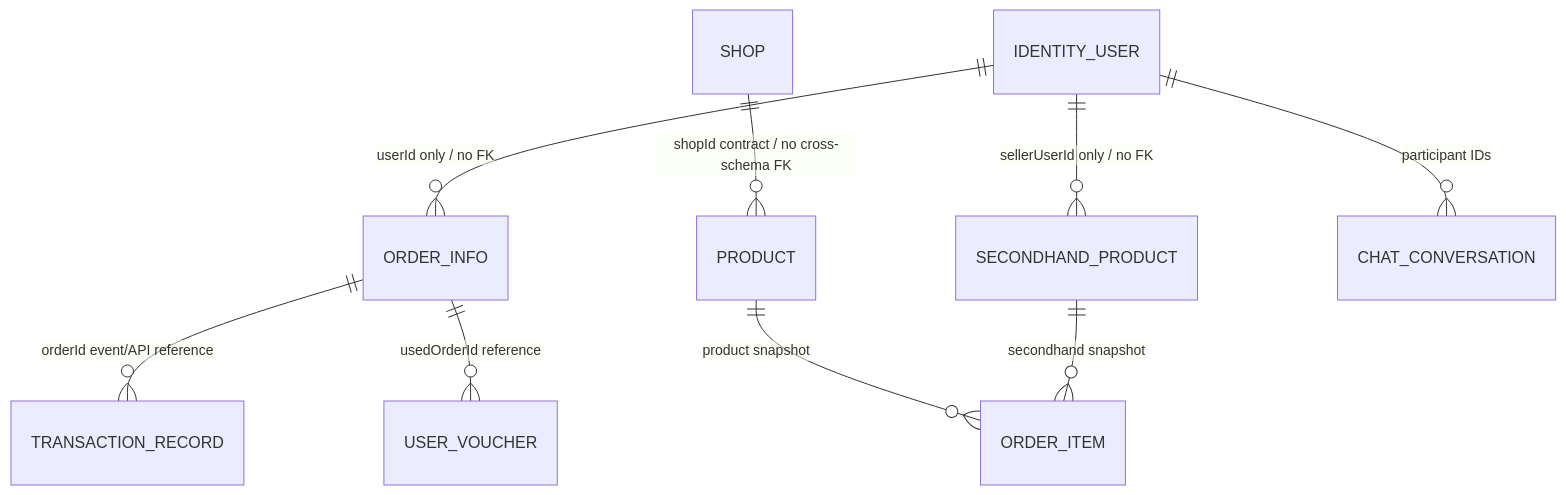
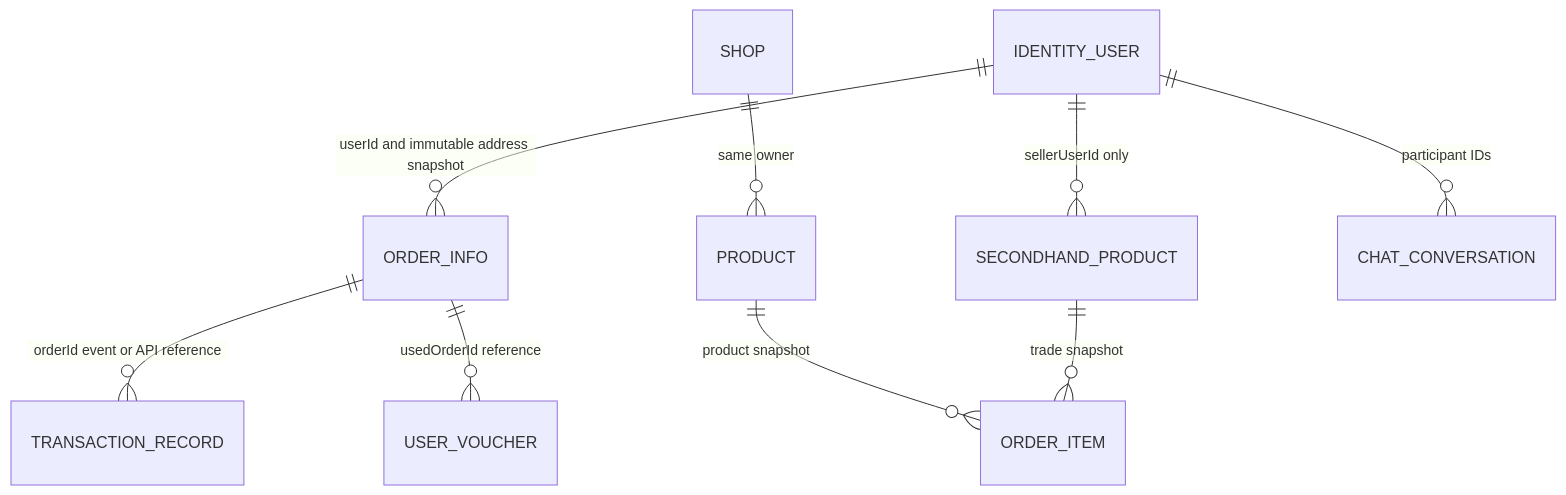
The diagram in 02_docs/architecture/database-ownership.md (Isabella-Apus/SEGroup8), drawn with Mermaid before and after one commit. The commit also changed other lines of this file, not shown here.

Commit message:
docs(architecture): align physical table ownership

````diff
--- a/02_docs/architecture/database-ownership.md
+++ b/02_docs/architecture/database-ownership.md
@@ -71,11 +97,11 @@
 ```mermaid
 erDiagram
-    IDENTITY_USER ||--o{ ORDER_INFO : "userId only / no FK"
-    IDENTITY_USER ||--o{ SECONDHAND_PRODUCT : "sellerUserId only / no FK"
-    SHOP ||--o{ PRODUCT : "shopId contract / no cross-schema FK"
+    IDENTITY_USER ||--o{ ORDER_INFO : "userId and immutable address snapshot"
+    IDENTITY_USER ||--o{ SECONDHAND_PRODUCT : "sellerUserId only"
+    SHOP ||--o{ PRODUCT : "same owner"
     PRODUCT ||--o{ ORDER_ITEM : "product snapshot"
-    SECONDHAND_PRODUCT ||--o{ ORDER_ITEM : "secondhand snapshot"
-    ORDER_INFO ||--o{ TRANSACTION_RECORD : "orderId event/API reference"
+    SECONDHAND_PRODUCT ||--o{ ORDER_ITEM : "trade snapshot"
+    ORDER_INFO ||--o{ TRANSACTION_RECORD : "orderId event or API reference"
     ORDER_INFO ||--o{ USER_VOUCHER : "usedOrderId reference"
     IDENTITY_USER ||--o{ CHAT_CONVERSATION : "participant IDs"
 ```
````
